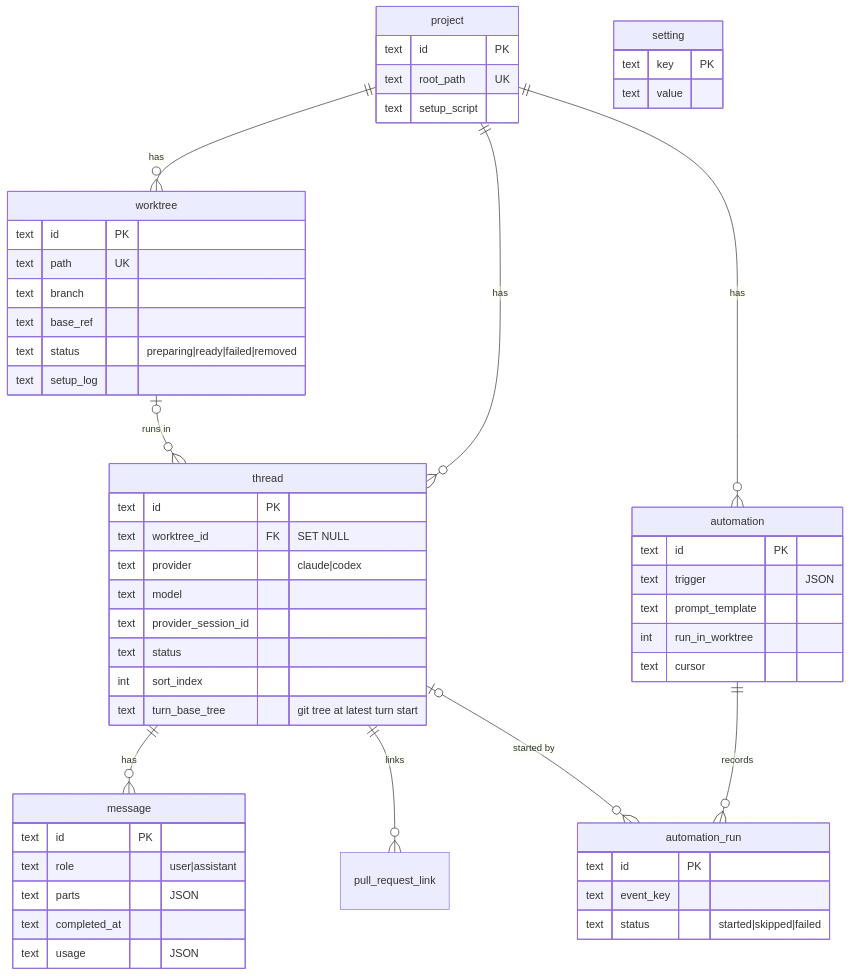
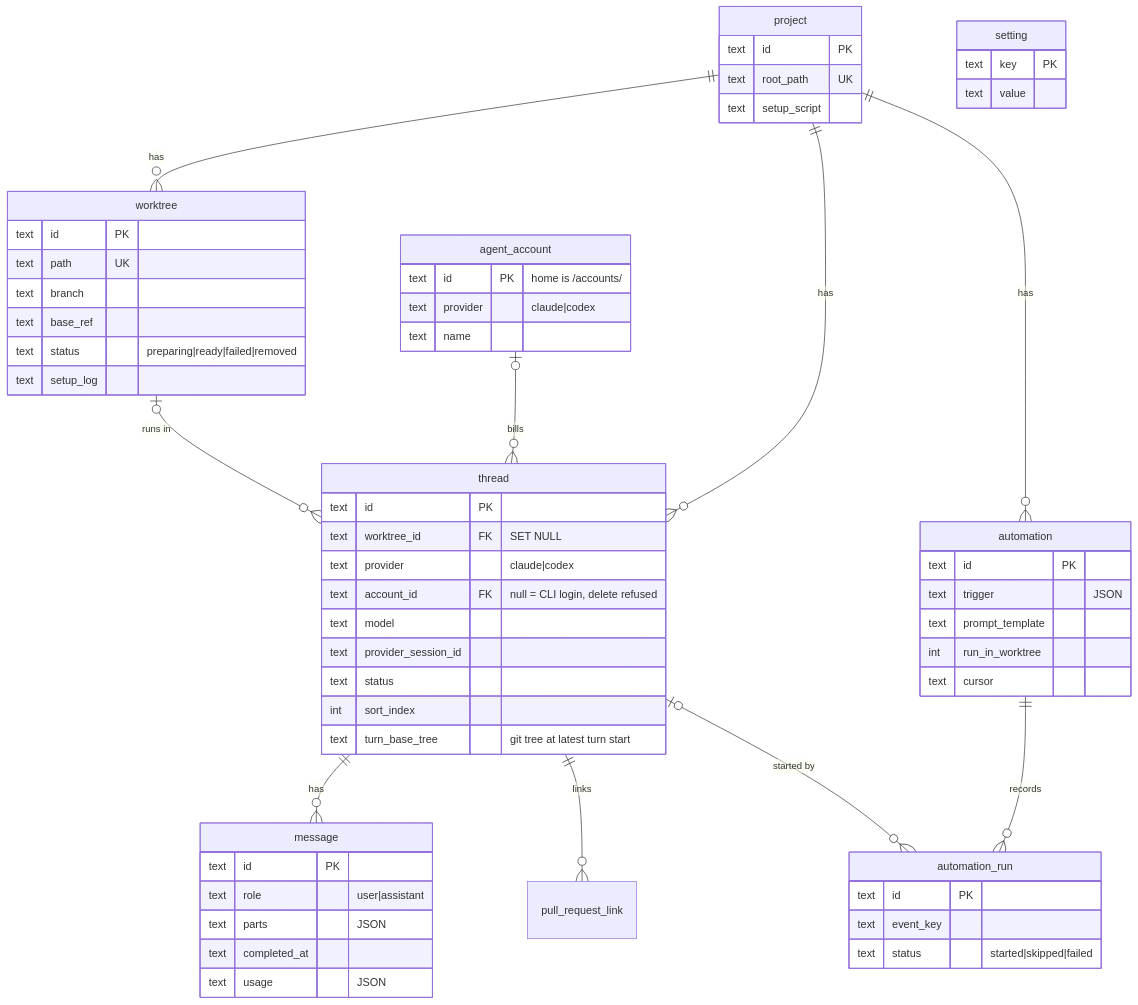
The tenth of 15 diagrams in docs/arch.md (hinadev-ai/hinacode), drawn with Mermaid before and after one commit. The commit also changed other lines of this file and 23 other files, not shown here.

First line of the commit message:
feat(agents): run each thread on its account's home

````diff
--- a/docs/arch.md
+++ b/docs/arch.md
@@ -260,58 +263,65 @@
 ```mermaid
 erDiagram
   project ||--o{ worktree : has
   project ||--o{ thread : has
   project ||--o{ automation : has
   worktree |o--o{ thread : "runs in"
   thread ||--o{ message : has
   thread ||--o{ pull_request_link : links
   automation ||--o{ automation_run : records
   thread |o--o{ automation_run : "started by"
+  agent_account |o--o{ thread : "bills"
 
   project {
     text id PK
     text root_path UK
     text setup_script
   }
   worktree {
     text id PK
     text path UK
     text branch
     text base_ref
     text status "preparing|ready|failed|removed"
     text setup_log
   }
   thread {
     text id PK
     text worktree_id FK "SET NULL"
     text provider "claude|codex"
+    text account_id FK "null = CLI login, delete refused"
     text model
     text provider_session_id
     text status
     int sort_index
     text turn_base_tree "git tree at latest turn start"
   }
   message {
     text id PK
     text role "user|assistant"
     text parts "JSON"
     text completed_at
     text usage "JSON"
   }
   automation {
     text id PK
     text trigger "JSON"
     text prompt_template
     int run_in_worktree
     text cursor
   }
   automation_run {
     text id PK
     text event_key
     text status "started|skipped|failed"
   }
   setting {
     text key PK
     text value
   }
+  agent_account {
+    text id PK "home is <userData>/accounts/<id>"
+    text provider "claude|codex"
+    text name
+  }
 ```
````
